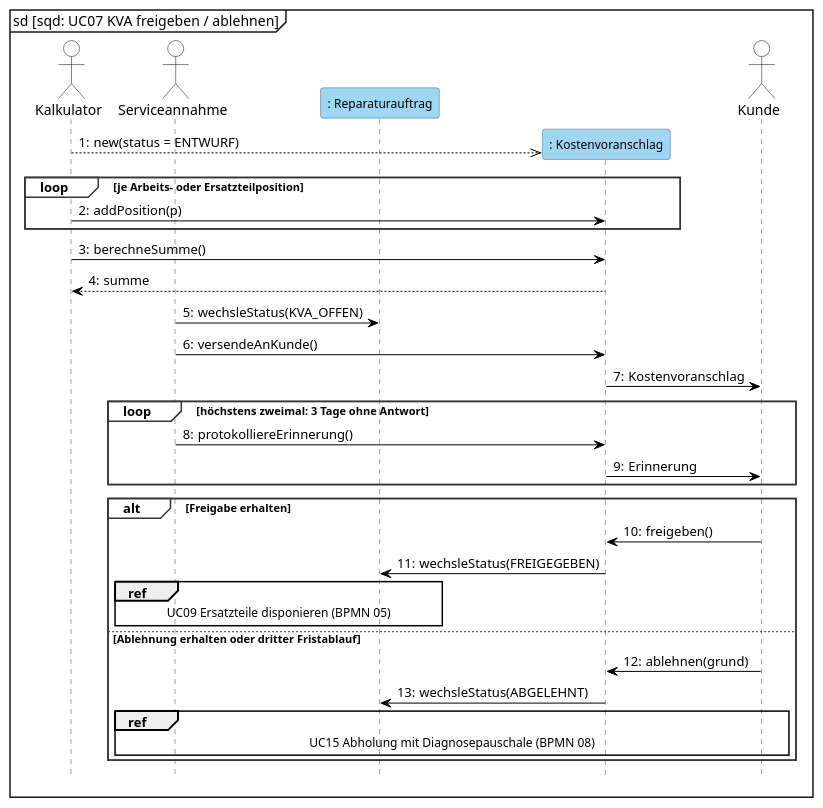
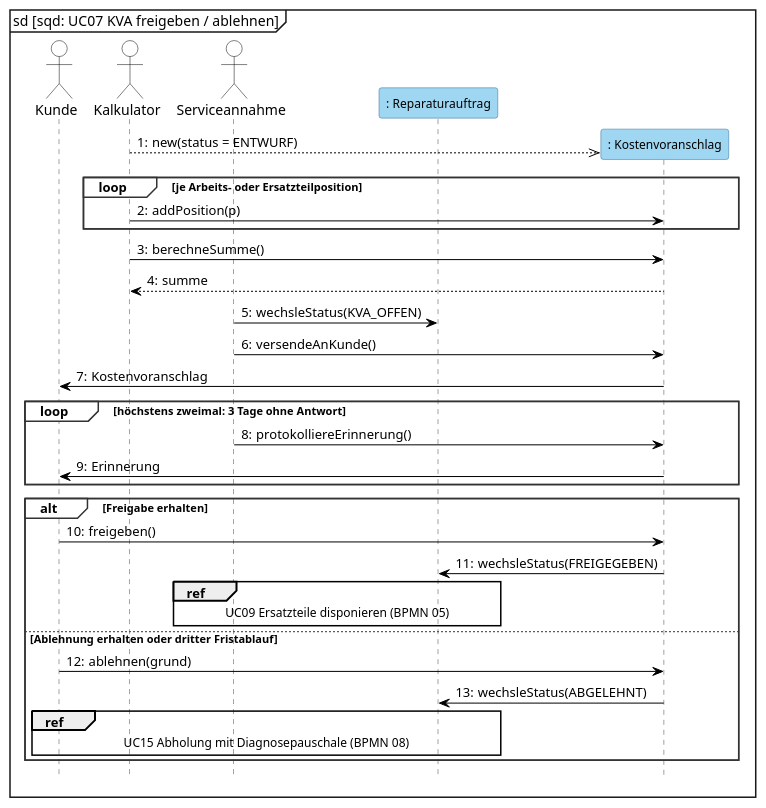
Before and after one commit to jakobschwan123-cmd/casestudy-semester-3: the diagram in 2_uml/entwurf-plantuml/sequenz-02-kva-freigabe.puml, drawn with PlantUML. The commit also changed other lines of this file and 5 other files, not shown here.

First line of the commit message:
[T05 2026-10-15] fix: consistency check of doc, BPMN, UML and slides; SD2/SD5 templates

```diff
--- a/2_uml/entwurf-plantuml/sequenz-02-kva-freigabe.puml
+++ b/2_uml/entwurf-plantuml/sequenz-02-kva-freigabe.puml
@@ -1,54 +1,54 @@
 @startuml
 ' BPMN: p04-kostenvoranschlag.bpmn. Kernablauf: KVA erstellen (UC06), versenden, erinnern, Freigabe oder Ablehnung.
 ' Darstellung wie in Visual Paradigm: Objekterzeugung als gestrichelter Pfeil auf den Kopfkasten (Kasten sitzt auf Nachrichtenhöhe, VL 6 Folie 5-70), kein <<create>>-Text.
 mainframe sd [sqd: UC07 KVA freigeben / ablehnen]
 skinparam defaultFontName Arial
 skinparam sequenceMessageAlign left
 skinparam maxMessageSize 170
 skinparam shadowing false
 skinparam sequence {
   ParticipantBackgroundColor #9FD6F2
   ParticipantBorderColor #2E6E99
   ParticipantFontSize 12
   ActorBackgroundColor white
   ActorBorderColor black
   LifeLineBorderColor #444444
   LifeLineBackgroundColor #9FD6F2
   GroupBorderColor #333333
   GroupBackgroundColor white
   GroupHeaderFontStyle bold
   ArrowColor black
 }
 hide footbox
 autonumber "0:"
 
+actor Kunde
 actor Kalkulator
 actor Serviceannahme as SM
 participant ": Reparaturauftrag" as RA
 participant ": Kostenvoranschlag" as KVA
-actor Kunde
 
 create KVA
 Kalkulator -->> KVA : new(status = ENTWURF)
 loop je Arbeits- oder Ersatzteilposition
     Kalkulator -> KVA : addPosition(p)
 end
 Kalkulator -> KVA : berechneSumme()
 KVA --> Kalkulator : summe
 SM -> RA : wechsleStatus(KVA_OFFEN)
 SM -> KVA : versendeAnKunde()
 KVA -> Kunde : Kostenvoranschlag
 loop höchstens zweimal: 3 Tage ohne Antwort
     SM -> KVA : protokolliereErinnerung()
     KVA -> Kunde : Erinnerung
 end
 alt Freigabe erhalten
     Kunde -> KVA : freigeben()
     KVA -> RA : wechsleStatus(FREIGEGEBEN)
     ref over SM, RA : UC09 Ersatzteile disponieren (BPMN 05)
 else Ablehnung erhalten oder dritter Fristablauf
     Kunde -> KVA : ablehnen(grund)
     KVA -> RA : wechsleStatus(ABGELEHNT)
     ref over SM, RA, Kunde : UC15 Abholung mit Diagnosepauschale (BPMN 08)
 end
 @enduml
```
